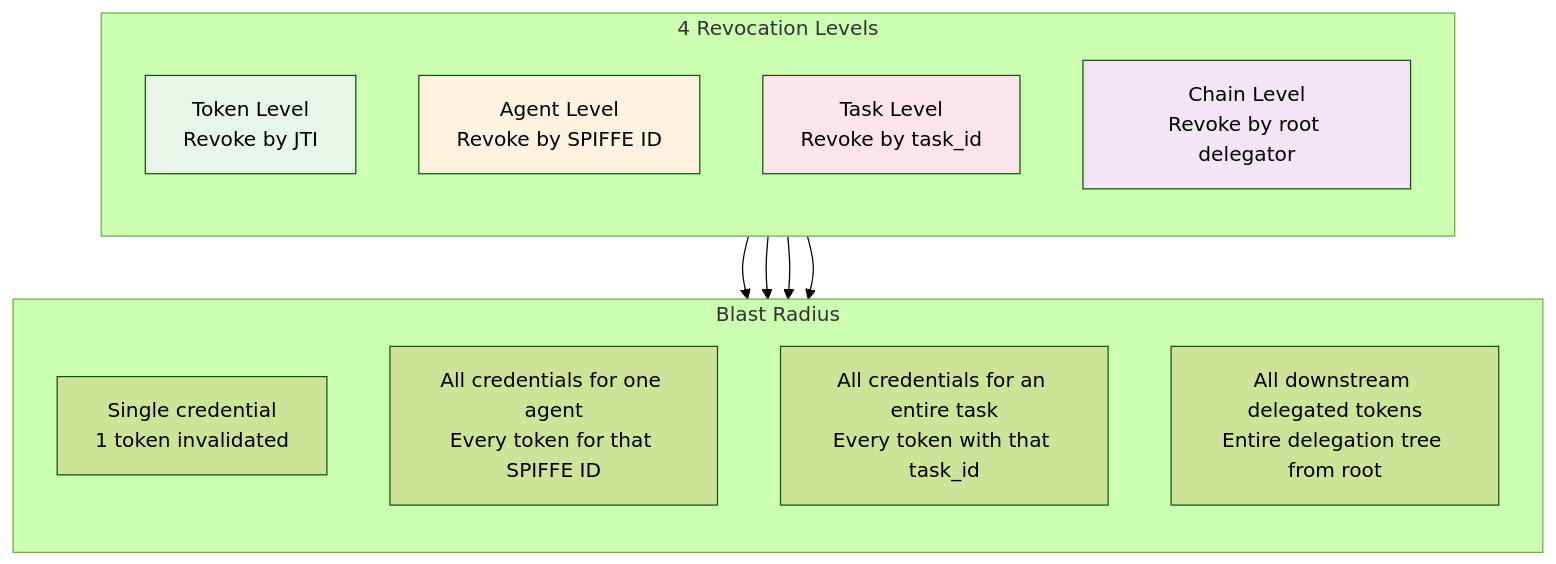
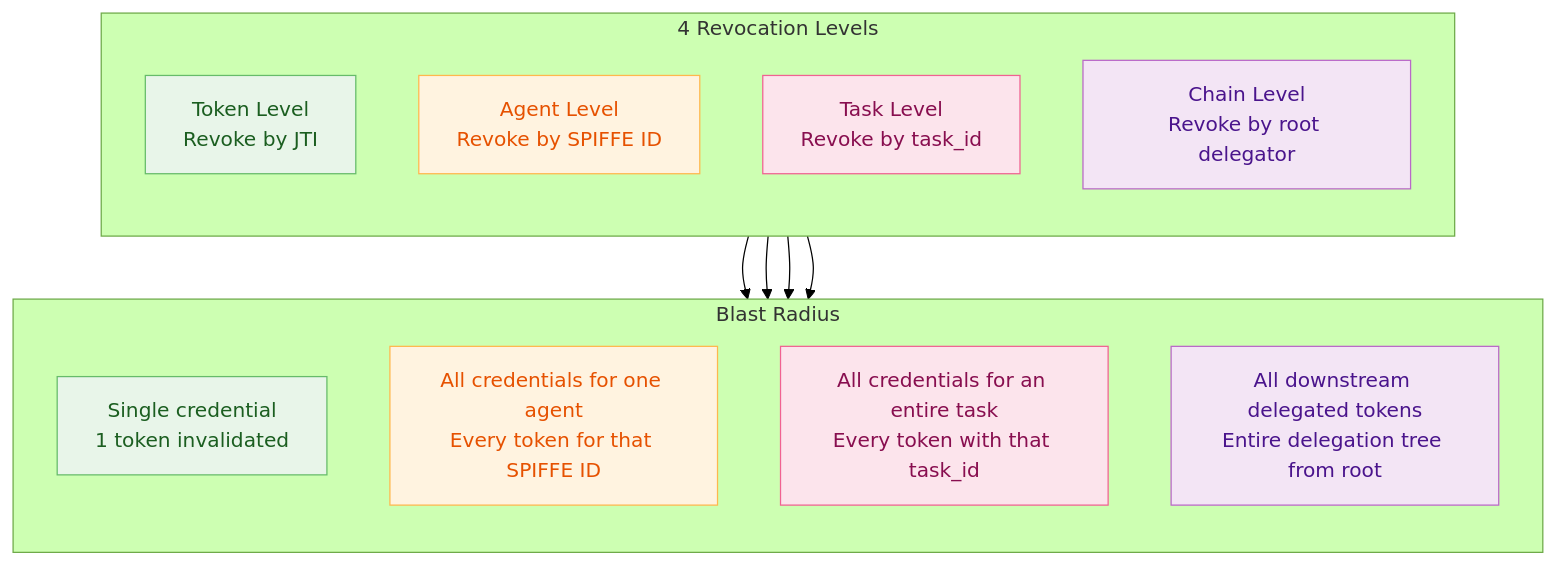
One commit to devonartis/agentwrit changed the fifth of 10 diagrams in docs/concepts.md. Above: the diagram before and after it, drawn with Mermaid (forest theme). The commit also changed other lines of this file and 6 other files, not shown here.

First line of the commit message:
docs: align public diagrams and add svg companion

````diff
--- a/docs/concepts.md
+++ b/docs/concepts.md
@@ -228,28 +228,32 @@
 ```mermaid
 flowchart TB
     subgraph levels["4 Revocation Levels"]
         direction TB
         L1["Token Level<br/>Revoke by JTI"]
         L2["Agent Level<br/>Revoke by SPIFFE ID"]
         L3["Task Level<br/>Revoke by task_id"]
         L4["Chain Level<br/>Revoke by root delegator"]
     end
 
     subgraph blast["Blast Radius"]
         direction TB
         B1["Single credential<br/>1 token invalidated"]
         B2["All credentials for one agent<br/>Every token for that SPIFFE ID"]
         B3["All credentials for an entire task<br/>Every token with that task_id"]
         B4["All downstream delegated tokens<br/>Entire delegation tree from root"]
     end
 
     L1 --> B1
     L2 --> B2
     L3 --> B3
     L4 --> B4
 
-    style L1 fill:#e8f5e9
-    style L2 fill:#fff3e0
-    style L3 fill:#fce4ec
-    style L4 fill:#f3e5f5
+    style L1 fill:#e8f5e9,stroke:#66bb6a,color:#1b5e20
+    style B1 fill:#e8f5e9,stroke:#66bb6a,color:#1b5e20
+    style L2 fill:#fff3e0,stroke:#ffb74d,color:#e65100
+    style B2 fill:#fff3e0,stroke:#ffb74d,color:#e65100
+    style L3 fill:#fce4ec,stroke:#f06292,color:#880e4f
+    style B3 fill:#fce4ec,stroke:#f06292,color:#880e4f
+    style L4 fill:#f3e5f5,stroke:#ba68c8,color:#4a148c
+    style B4 fill:#f3e5f5,stroke:#ba68c8,color:#4a148c
 ```
````
